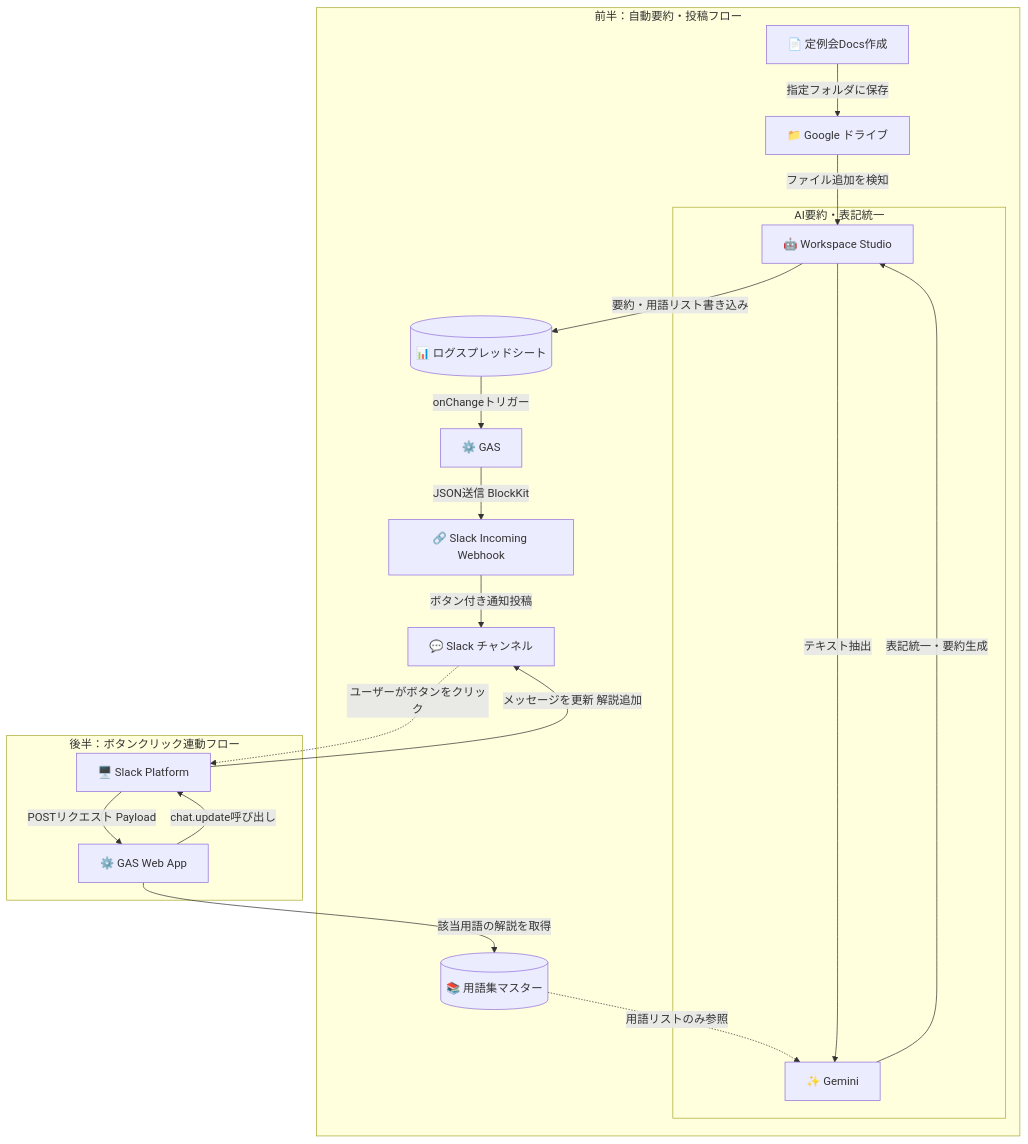
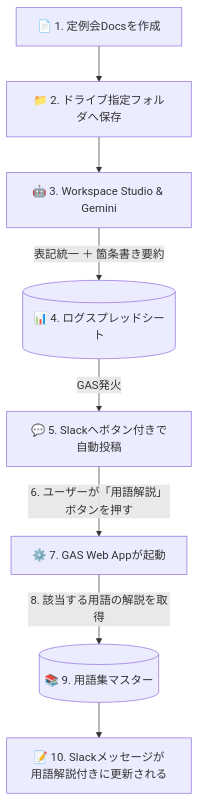
Before and after one commit to KoheiOshioBNPL/memo: the diagram in README.md, drawn with Mermaid.

Commit message:
README.md

````diff
--- a/README.md
+++ b/README.md
@@ -1,28 +1,13 @@
 ```mermaid
 flowchart TD
-    subgraph AutoPost [前半：自動要約・投稿フロー]
-        A[📄 定例会Docs作成] -->|指定フォルダに保存| B[📁 Google ドライブ]
-        B -->|ファイル追加を検知| C[🤖 Workspace Studio]
-        
-        M1[(📚 用語集マスター)] -.->|用語リストのみ参照| D
-        
-        subgraph AI_Standardize [AI要約・表記統一]
-            C -->|テキスト抽出| D[✨ Gemini]
-            D -->|表記統一・要約生成| C
-        end
+    %% --- 前半：自動でSlackに届くまで ---
+    A[📄 1. 定例会Docsを作成] --> B[📁 2. ドライブ指定フォルダへ保存]
+    B --> C[🤖 3. Workspace Studio & Gemini]
+    C -->|表記統一 ＋ 箇条書き要約| D[(📊 4. ログスプレッドシート)]
+    D -->|GAS発火| E[💬 5. Slackへボタン付きで自動投稿]
 
-        C -->|要約・用語リスト書き込み| E[(📊 ログスプレッドシート)]
-        E -->|onChangeトリガー| F[⚙️ GAS]
-        F -->|JSON送信 BlockKit| G[🔗 Slack Incoming Webhook]
-        G -->|ボタン付き通知投稿| H[💬 Slack チャンネル]
-    end
-
-    subgraph Interactive [後半：ボタンクリック連動フロー]
-        H -.->|ユーザーがボタンをクリック| I[🖥️ Slack Platform]
-        I -->|POSTリクエスト Payload| J[⚙️ GAS Web App]
-        
-        J -->|該当用語の解説を取得| M1
-        J -->|chat.update呼び出し| I
-        I -->|メッセージを更新 解説追加| H
-    end
+    %% --- 後半：ボタンを押した時 ---
+    E -->|6. ユーザーが「用語解説」ボタンを押す| F[⚙️ 7. GAS Web Appが起動]
+    F -->|8. 該当する用語の解説を取得| G[(📚 9. 用語集マスター)]
+    G --> H[📝 10. Slackメッセージが用語解説付きに更新される]
 ```
````
